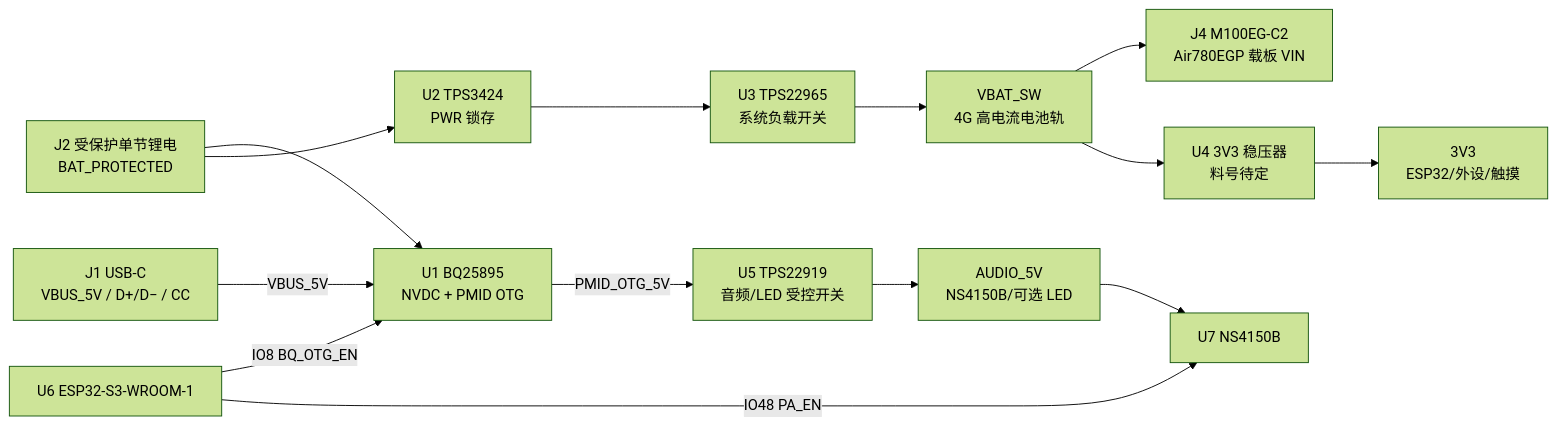
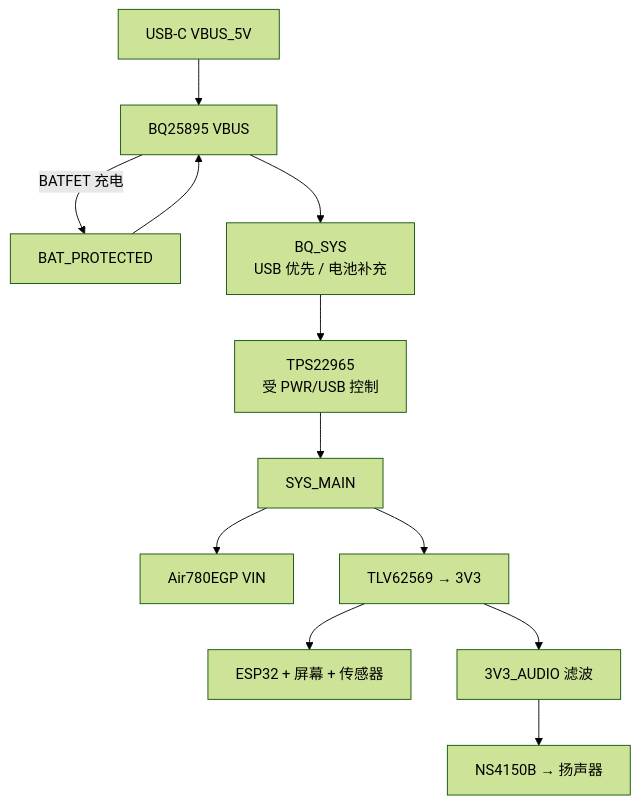
The second of 2 diagrams in docs/hardware/电子木鱼-硬件原理图设计基线.md (zhanghongchen1213/Electronic_Wooden_Fish), drawn with Mermaid (forest theme) before and after one commit. The commit also changed other lines of this file and 14 other files, not shown here.

````diff
--- a/docs/hardware/电子木鱼-硬件原理图设计基线.md
+++ b/docs/hardware/电子木鱼-硬件原理图设计基线.md
@@ -155,16 +151,14 @@
 ```mermaid
-flowchart LR
-  USB["J1 USB-C\nVBUS_5V / D+/D− / CC"] -->|VBUS_5V| BQ["U1 BQ25895\nNVDC + PMID OTG"]
-  BAT["J2 受保护单节锂电\nBAT_PROTECTED"] --> BQ
-  BAT --> LATCH["U2 TPS3424\nPWR 锁存"]
-  LATCH --> SW["U3 TPS22965\n系统负载开关"]
-  SW --> VBAT["VBAT_SW\n4G 高电流电池轨"]
-  VBAT --> M100["J4 M100EG-C2\nAir780EGP 载板 VIN"]
-  VBAT --> REG["U4 3V3 稳压器\n料号待定"]
-  REG --> V3["3V3\nESP32/外设/触摸"]
-  BQ -->|PMID_OTG_5V| ALSW["U5 TPS22919\n音频/LED 受控开关"]
-  ALSW --> A5["AUDIO_5V\nNS4150B/可选 LED"]
-  MCU["U6 ESP32-S3-WROOM-1"] -->|IO8 BQ_OTG_EN| BQ
-  MCU -->|IO48 PA_EN| AMP["U7 NS4150B"]
-  A5 --> AMP
+flowchart TD
+  USB["USB-C VBUS_5V"] --> BQ["BQ25895 VBUS"]
+  BAT["BAT_PROTECTED"] --> BQ
+  BQ --> SYS["BQ_SYS\nUSB 优先 / 电池补充"]
+  SYS --> SW["TPS22965\n受 PWR/USB 控制"]
+  SW --> MAIN["SYS_MAIN"]
+  MAIN --> MODEM["Air780EGP VIN"]
+  MAIN --> BUCK["TLV62569 → 3V3"]
+  BUCK --> ESP["ESP32 + 屏幕 + 传感器"]
+  BUCK --> AF["3V3_AUDIO 滤波"]
+  AF --> PA["NS4150B → 扬声器"]
+  BQ -->|BATFET 充电| BAT
 ```
````
